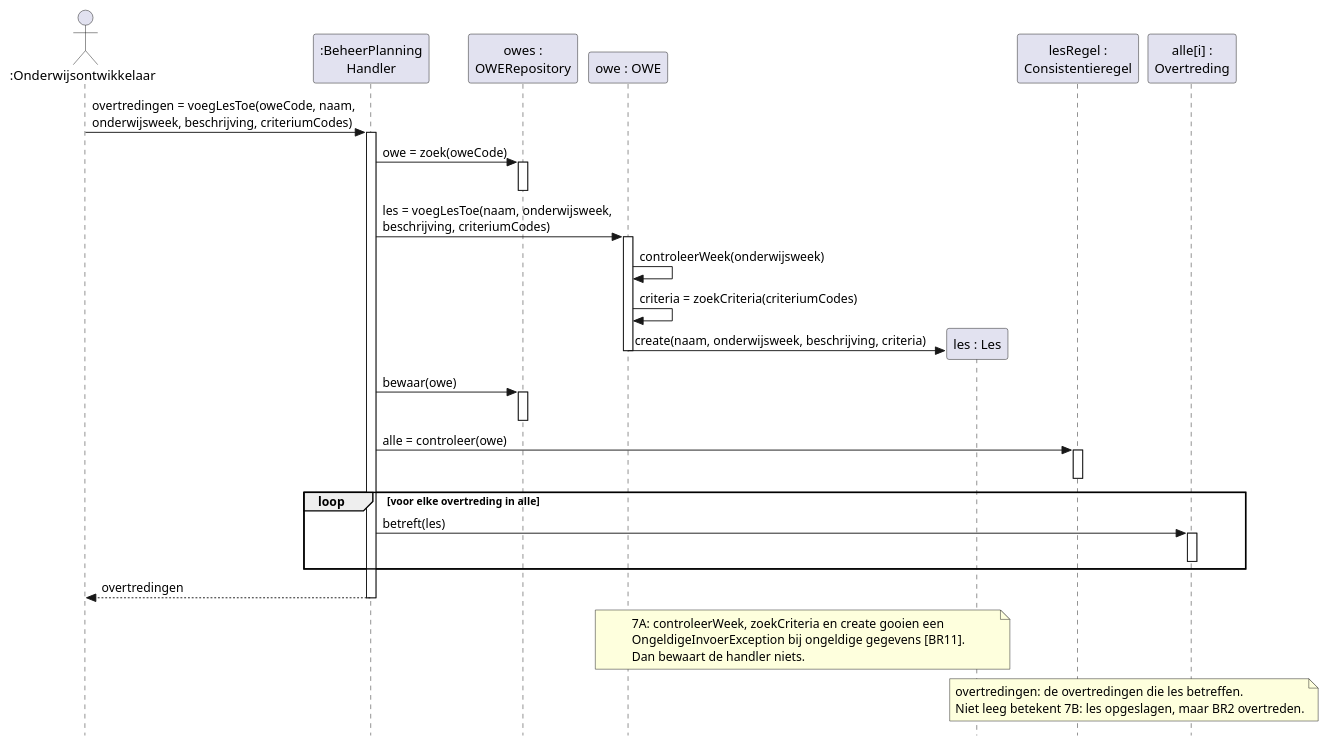
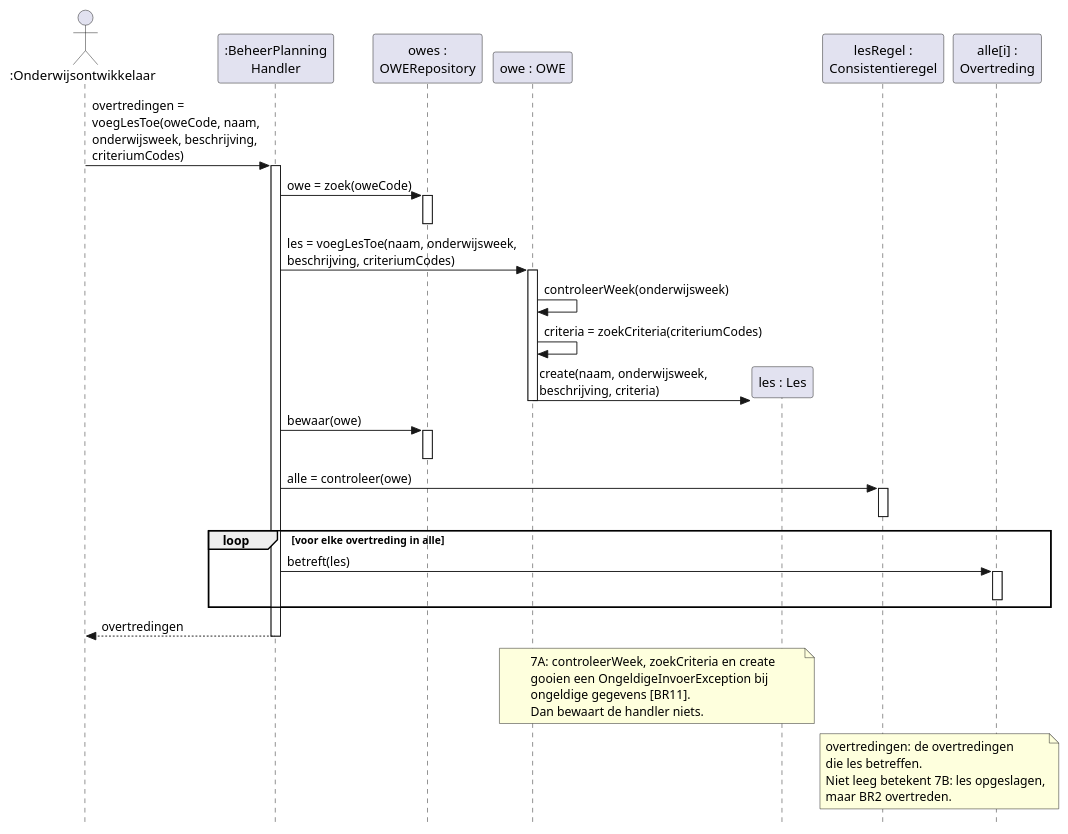
Before and after one commit to HAN-Craftsmanship-KL-JJG/casus: the diagram in docs/diagrams/sd-uc04-voeglestoe.puml, drawn with PlantUML. The commit also changed 16 other files, not shown here.

First line of the commit message:
docs: wrap long messages in sequence diagrams

```diff
--- a/docs/diagrams/sd-uc04-voeglestoe.puml
+++ b/docs/diagrams/sd-uc04-voeglestoe.puml
@@ -1,52 +1,55 @@
 @startuml sd-uc04-voeglestoe
 ' Sequence diagram van systeemoperatie voegLesToe (UC04, Toevoegen les, stap 5 tot en met 7).
 ' Toelichting: docs/sequencediagrammen.md
 skinparam style strictuml
 skinparam shadowing false
 skinparam defaultFontName Helvetica
 hide footbox
 
 actor ":Onderwijsontwikkelaar" as ontwikkelaar
 participant ":BeheerPlanning\nHandler" as handler
 participant "owes :\nOWERepository" as owes
 participant "owe : OWE" as owe
 participant "les : Les" as les
 participant "lesRegel :\nConsistentieregel" as regel
 participant "alle[i] :\nOvertreding" as overtreding
 
-ontwikkelaar -> handler : overtredingen = voegLesToe(oweCode, naam,\n\
-onderwijsweek, beschrijving, criteriumCodes)
+ontwikkelaar -> handler : overtredingen =\nvoegLesToe(oweCode, naam,\n\
+onderwijsweek, beschrijving,\ncriteriumCodes)
 activate handler
 handler -> owes : owe = zoek(oweCode)
 activate owes
 deactivate owes
 handler -> owe : les = voegLesToe(naam, onderwijsweek,\nbeschrijving, criteriumCodes)
 activate owe
 owe -> owe : controleerWeek(onderwijsweek)
 owe -> owe : criteria = zoekCriteria(criteriumCodes)
 create les
-owe -> les : create(naam, onderwijsweek, beschrijving, criteria)
+owe -> les : create(naam, onderwijsweek,\nbeschrijving, criteria)
 deactivate owe
 handler -> owes : bewaar(owe)
 activate owes
 deactivate owes
 handler -> regel : alle = controleer(owe)
 activate regel
 deactivate regel
 loop voor elke overtreding in alle
   handler -> overtreding : betreft(les)
   activate overtreding
   deactivate overtreding
 end
 handler --> ontwikkelaar : overtredingen
 deactivate handler
 note over owe, les
-  7A: controleerWeek, zoekCriteria en create gooien een
-  OngeldigeInvoerException bij ongeldige gegevens [BR11].
+  7A: controleerWeek, zoekCriteria en create
+  gooien een OngeldigeInvoerException bij
+  ongeldige gegevens [BR11].
   Dan bewaart de handler niets.
 end note
 note over regel, overtreding
-  overtredingen: de overtredingen die les betreffen.
-  Niet leeg betekent 7B: les opgeslagen, maar BR2 overtreden.
+  overtredingen: de overtredingen
+  die les betreffen.
+  Niet leeg betekent 7B: les opgeslagen,
+  maar BR2 overtreden.
 end note
 @enduml
```
